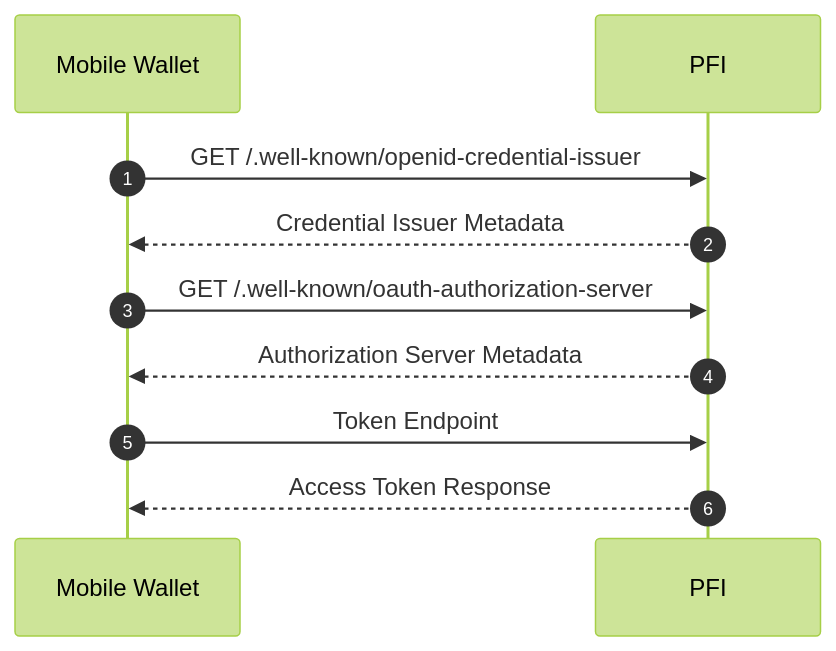
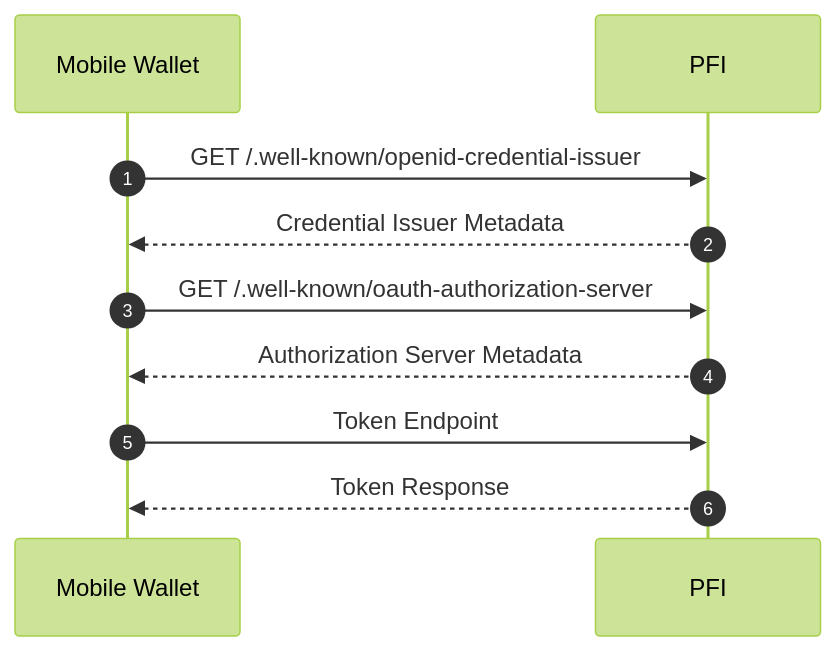
The fourth of 5 diagrams in README.md (TBD54566975/known-customer-credential), drawn with Mermaid (forest theme) before and after one commit. The commit also changed other lines of this file, not shown here.

````diff
--- a/README.md
+++ b/README.md
@@ -338,14 +340,14 @@
 ```mermaid
 sequenceDiagram
 autonumber
 
 participant D as Mobile Wallet
 participant P as PFI
 
 D->>P: GET /.well-known/openid-credential-issuer
 P-->>D: Credential Issuer Metadata
 D->>P: GET /.well-known/oauth-authorization-server
 P-->>D: Authorization Server Metadata
 D->>P: Token Endpoint
-P-->>D: Access Token Response
+P-->>D: Token Response
 ```
````
